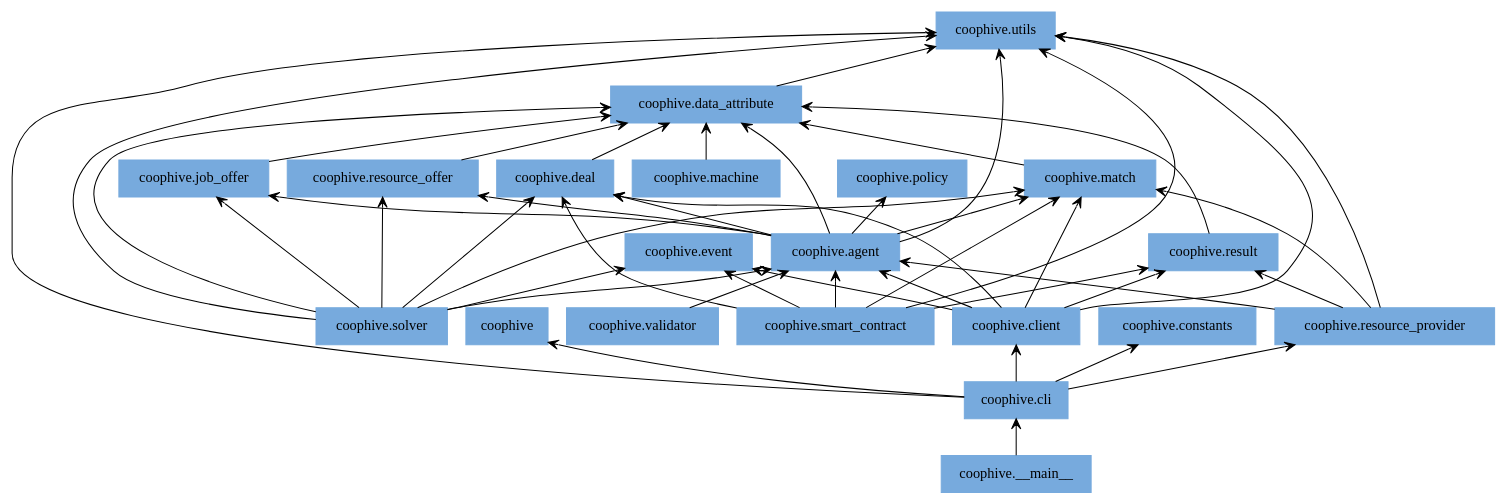
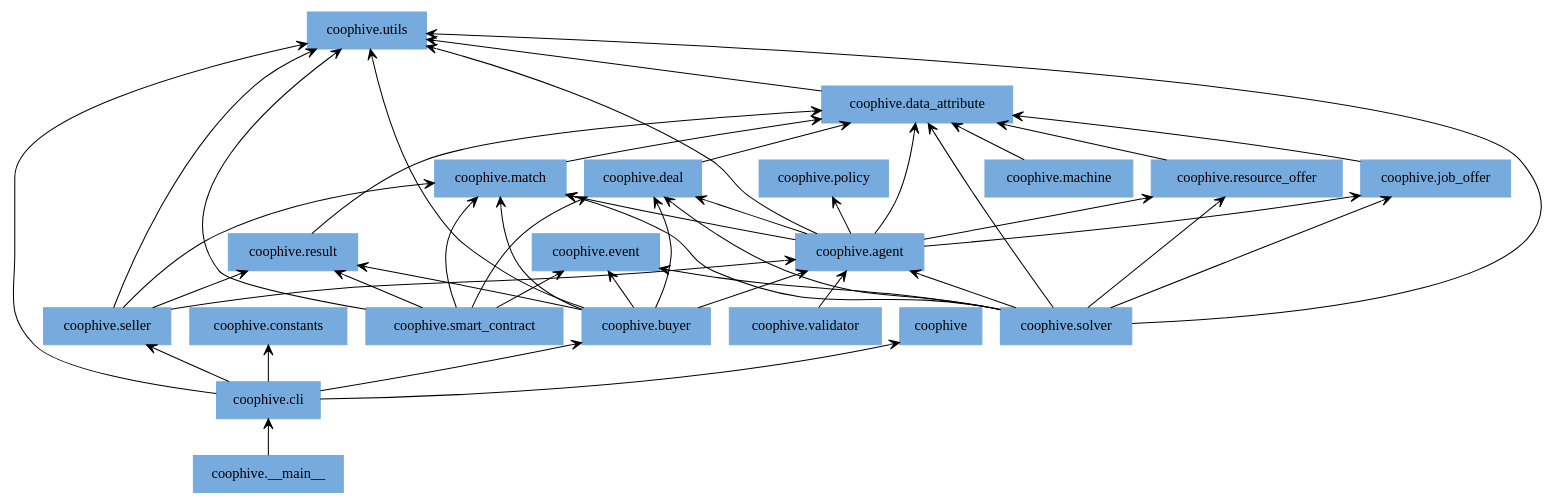
Before and after one commit to CoopHive/Apiary: the diagram in docs/img/packages_coophive.dot, drawn with Graphviz. The commit also changed 9 other files, not shown here.

```diff
--- a/docs/img/packages_coophive.dot
+++ b/docs/img/packages_coophive.dot
@@ -1,69 +1,68 @@
 digraph "packages_coophive" {
 rankdir=BT
 charset="utf-8"
 "coophive" [color="#77AADD", label=<coophive>, shape="box", style="filled"];
 "coophive.__main__" [color="#77AADD", label=<coophive.__main__>, shape="box", style="filled"];
 "coophive.agent" [color="#77AADD", label=<coophive.agent>, shape="box", style="filled"];
+"coophive.buyer" [color="#77AADD", label=<coophive.buyer>, shape="box", style="filled"];
 "coophive.cli" [color="#77AADD", label=<coophive.cli>, shape="box", style="filled"];
-"coophive.client" [color="#77AADD", label=<coophive.client>, shape="box", style="filled"];
 "coophive.constants" [color="#77AADD", label=<coophive.constants>, shape="box", style="filled"];
 "coophive.data_attribute" [color="#77AADD", label=<coophive.data_attribute>, shape="box", style="filled"];
 "coophive.deal" [color="#77AADD", label=<coophive.deal>, shape="box", style="filled"];
 "coophive.event" [color="#77AADD", label=<coophive.event>, shape="box", style="filled"];
 "coophive.job_offer" [color="#77AADD", label=<coophive.job_offer>, shape="box", style="filled"];
 "coophive.machine" [color="#77AADD", label=<coophive.machine>, shape="box", style="filled"];
 "coophive.match" [color="#77AADD", label=<coophive.match>, shape="box", style="filled"];
 "coophive.policy" [color="#77AADD", label=<coophive.policy>, shape="box", style="filled"];
 "coophive.resource_offer" [color="#77AADD", label=<coophive.resource_offer>, shape="box", style="filled"];
-"coophive.resource_provider" [color="#77AADD", label=<coophive.resource_provider>, shape="box", style="filled"];
 "coophive.result" [color="#77AADD", label=<coophive.result>, shape="box", style="filled"];
+"coophive.seller" [color="#77AADD", label=<coophive.seller>, shape="box", style="filled"];
 "coophive.smart_contract" [color="#77AADD", label=<coophive.smart_contract>, shape="box", style="filled"];
 "coophive.solver" [color="#77AADD", label=<coophive.solver>, shape="box", style="filled"];
 "coophive.utils" [color="#77AADD", label=<coophive.utils>, shape="box", style="filled"];
 "coophive.validator" [color="#77AADD", label=<coophive.validator>, shape="box", style="filled"];
 "coophive.__main__" -> "coophive.cli" [arrowhead="open", arrowtail="none"];
 "coophive.agent" -> "coophive.data_attribute" [arrowhead="open", arrowtail="none"];
 "coophive.agent" -> "coophive.deal" [arrowhead="open", arrowtail="none"];
 "coophive.agent" -> "coophive.job_offer" [arrowhead="open", arrowtail="none"];
 "coophive.agent" -> "coophive.match" [arrowhead="open", arrowtail="none"];
 "coophive.agent" -> "coophive.policy" [arrowhead="open", arrowtail="none"];
 "coophive.agent" -> "coophive.resource_offer" [arrowhead="open", arrowtail="none"];
 "coophive.agent" -> "coophive.utils" [arrowhead="open", arrowtail="none"];
+"coophive.buyer" -> "coophive.agent" [arrowhead="open", arrowtail="none"];
+"coophive.buyer" -> "coophive.deal" [arrowhead="open", arrowtail="none"];
+"coophive.buyer" -> "coophive.event" [arrowhead="open", arrowtail="none"];
+"coophive.buyer" -> "coophive.match" [arrowhead="open", arrowtail="none"];
+"coophive.buyer" -> "coophive.result" [arrowhead="open", arrowtail="none"];
+"coophive.buyer" -> "coophive.utils" [arrowhead="open", arrowtail="none"];
 "coophive.cli" -> "coophive" [arrowhead="open", arrowtail="none"];
-"coophive.cli" -> "coophive.client" [arrowhead="open", arrowtail="none"];
+"coophive.cli" -> "coophive.buyer" [arrowhead="open", arrowtail="none"];
 "coophive.cli" -> "coophive.constants" [arrowhead="open", arrowtail="none"];
-"coophive.cli" -> "coophive.resource_provider" [arrowhead="open", arrowtail="none"];
+"coophive.cli" -> "coophive.seller" [arrowhead="open", arrowtail="none"];
 "coophive.cli" -> "coophive.utils" [arrowhead="open", arrowtail="none"];
-"coophive.client" -> "coophive.agent" [arrowhead="open", arrowtail="none"];
-"coophive.client" -> "coophive.deal" [arrowhead="open", arrowtail="none"];
-"coophive.client" -> "coophive.event" [arrowhead="open", arrowtail="none"];
-"coophive.client" -> "coophive.match" [arrowhead="open", arrowtail="none"];
-"coophive.client" -> "coophive.result" [arrowhead="open", arrowtail="none"];
-"coophive.client" -> "coophive.utils" [arrowhead="open", arrowtail="none"];
 "coophive.data_attribute" -> "coophive.utils" [arrowhead="open", arrowtail="none"];
 "coophive.deal" -> "coophive.data_attribute" [arrowhead="open", arrowtail="none"];
 "coophive.job_offer" -> "coophive.data_attribute" [arrowhead="open", arrowtail="none"];
 "coophive.machine" -> "coophive.data_attribute" [arrowhead="open", arrowtail="none"];
 "coophive.match" -> "coophive.data_attribute" [arrowhead="open", arrowtail="none"];
 "coophive.resource_offer" -> "coophive.data_attribute" [arrowhead="open", arrowtail="none"];
-"coophive.resource_provider" -> "coophive.agent" [arrowhead="open", arrowtail="none"];
-"coophive.resource_provider" -> "coophive.match" [arrowhead="open", arrowtail="none"];
-"coophive.resource_provider" -> "coophive.result" [arrowhead="open", arrowtail="none"];
-"coophive.resource_provider" -> "coophive.utils" [arrowhead="open", arrowtail="none"];
 "coophive.result" -> "coophive.data_attribute" [arrowhead="open", arrowtail="none"];
-"coophive.smart_contract" -> "coophive.agent" [arrowhead="open", arrowtail="none"];
+"coophive.seller" -> "coophive.agent" [arrowhead="open", arrowtail="none"];
+"coophive.seller" -> "coophive.match" [arrowhead="open", arrowtail="none"];
+"coophive.seller" -> "coophive.result" [arrowhead="open", arrowtail="none"];
+"coophive.seller" -> "coophive.utils" [arrowhead="open", arrowtail="none"];
 "coophive.smart_contract" -> "coophive.deal" [arrowhead="open", arrowtail="none"];
 "coophive.smart_contract" -> "coophive.event" [arrowhead="open", arrowtail="none"];
 "coophive.smart_contract" -> "coophive.match" [arrowhead="open", arrowtail="none"];
 "coophive.smart_contract" -> "coophive.result" [arrowhead="open", arrowtail="none"];
 "coophive.smart_contract" -> "coophive.utils" [arrowhead="open", arrowtail="none"];
 "coophive.solver" -> "coophive.agent" [arrowhead="open", arrowtail="none"];
 "coophive.solver" -> "coophive.data_attribute" [arrowhead="open", arrowtail="none"];
 "coophive.solver" -> "coophive.deal" [arrowhead="open", arrowtail="none"];
 "coophive.solver" -> "coophive.event" [arrowhead="open", arrowtail="none"];
 "coophive.solver" -> "coophive.job_offer" [arrowhead="open", arrowtail="none"];
 "coophive.solver" -> "coophive.match" [arrowhead="open", arrowtail="none"];
 "coophive.solver" -> "coophive.resource_offer" [arrowhead="open", arrowtail="none"];
 "coophive.solver" -> "coophive.utils" [arrowhead="open", arrowtail="none"];
 "coophive.validator" -> "coophive.agent" [arrowhead="open", arrowtail="none"];
 }
```
